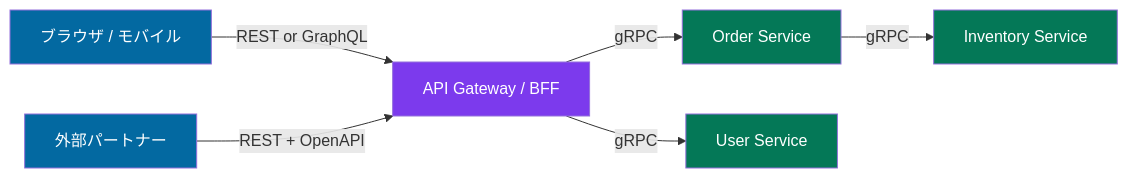
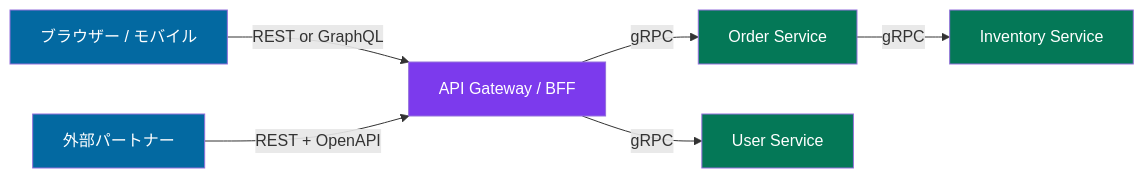
One commit to yoichiozaki/yoichiozaki.github.io changed the fifth of 6 diagrams in content/blog/ja/rpc-vs-rest.mdx. Above: the diagram before and after it, drawn with Mermaid. The commit also changed other lines of this file and 117 other files, not shown here.

````diff
--- a/content/blog/ja/rpc-vs-rest.mdx
+++ b/content/blog/ja/rpc-vs-rest.mdx
@@ -1152,14 +1152,14 @@
 ```mermaid
 graph LR
-    BR["ブラウザ / モバイル"] -->|REST or GraphQL| GW["API Gateway / BFF"]
+    BR["ブラウザー / モバイル"] -->|REST or GraphQL| GW["API Gateway / BFF"]
     EXT["外部パートナー"] -->|REST + OpenAPI| GW
     GW -->|gRPC| S1["Order Service"]
     GW -->|gRPC| S2["User Service"]
     S1 -->|gRPC| S3["Inventory Service"]
     style GW fill:#7c3aed,color:#ffffff
     style S1 fill:#047857,color:#ffffff
     style S2 fill:#047857,color:#ffffff
     style S3 fill:#047857,color:#ffffff
     style BR fill:#0369a1,color:#ffffff
     style EXT fill:#0369a1,color:#ffffff
 ```
````
